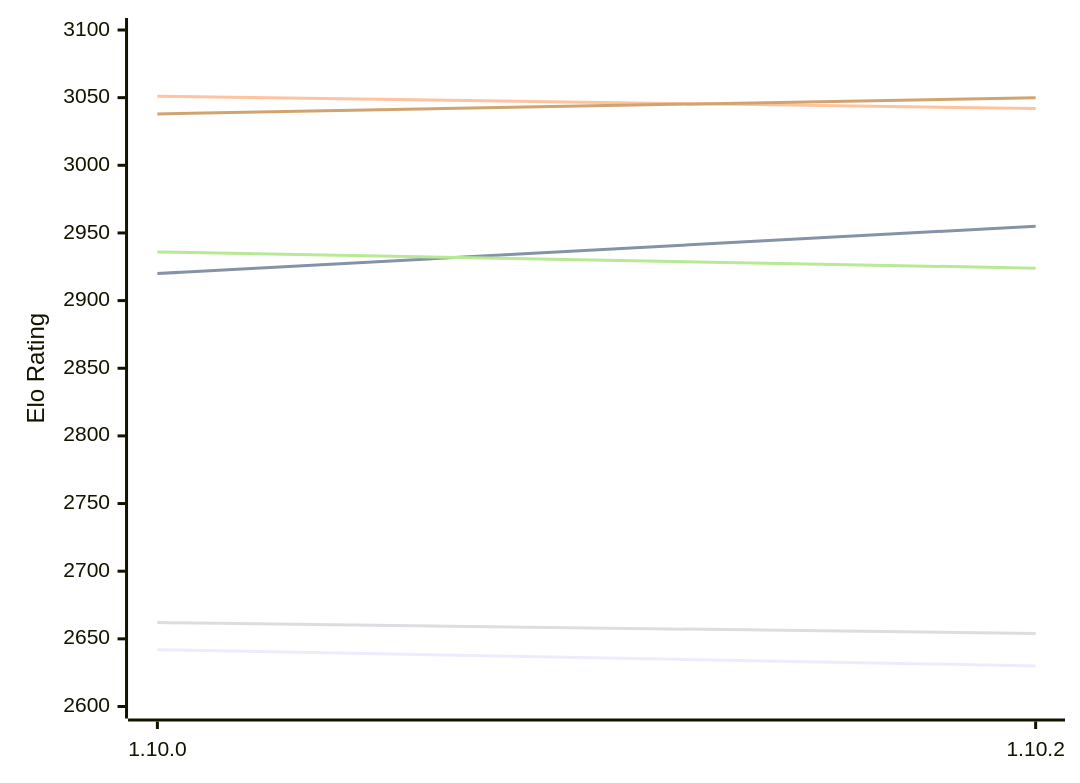
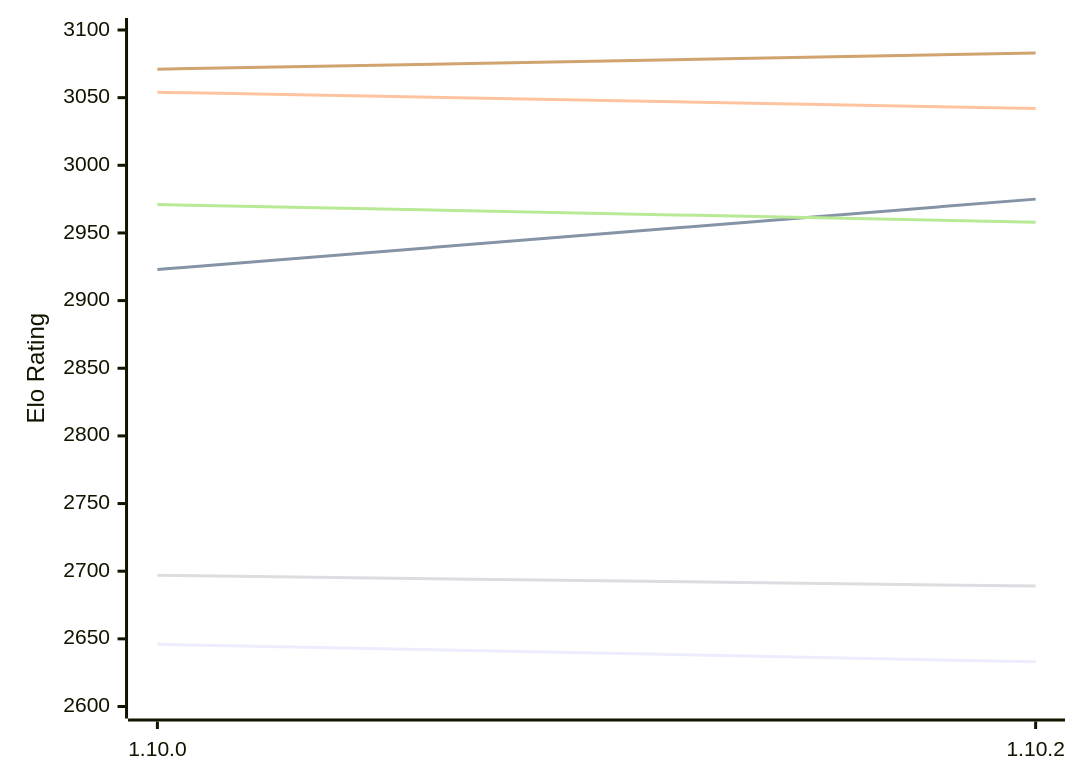
One commit to computer-chess-index/cci changed the first of 2 diagrams in engines/Basilisk.md. Above: the diagram before and after it, drawn with Mermaid. The commit also changed other lines of this file, not shown here.

Commit message:
Update CCI Ratings (ELO VLTC) - 2026-11-01

````diff
--- a/engines/Basilisk.md
+++ b/engines/Basilisk.md
@@ -61,12 +61,12 @@
 ```mermaid
 %%{init: {"theme":"base","themeVariables":{"seriesColors:['#a3a3a3','#222221','#faa371']}}}%%
 xychart-beta
   x-axis ["1.10.0", "1.10.2"]
   y-axis "Elo Rating" 2600 --> 3100
-  line "E1: STC (8.0+0.08s)" [2642, 2630]
-  line "E1: LTC (60.0+0.60s)" [2920, 2955]
-  line "E1: VLTC (2m24s+1.12s)" [3051, 3042]
-  line "P1: STC (8.0+0.08s)" [2662, 2654]
-  line "P1: LTC (60.0+0.60s)" [2936, 2924]
-  line "P1: VLTC (2m24s+1.12s)" [3038, 3050]
+  line "E1: STC (8.0+0.08s)" [2646, 2633]
+  line "E1: LTC (60.0+0.60s)" [2923, 2975]
+  line "E1: VLTC (2m24s+1.12s)" [3054, 3042]
+  line "P1: STC (8.0+0.08s)" [2697, 2689]
+  line "P1: LTC (60.0+0.60s)" [2971, 2958]
+  line "P1: VLTC (2m24s+1.12s)" [3071, 3083]
 ```
````
